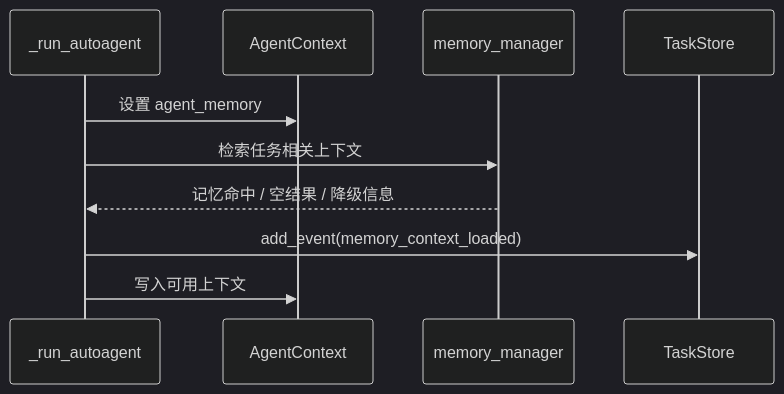
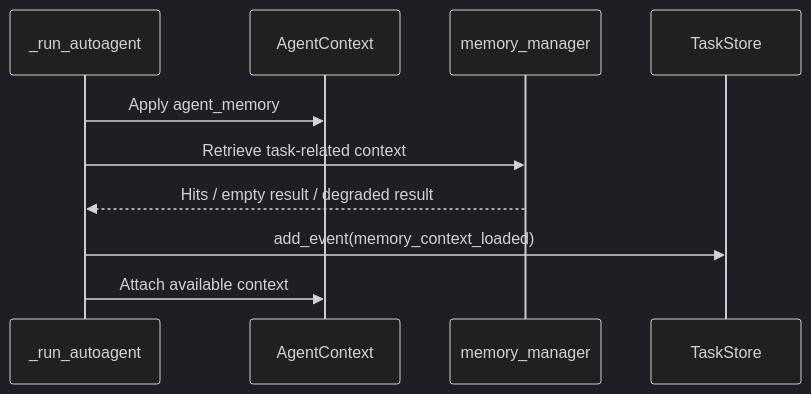
Before and after one commit to youkuxiaobin/task-pilot-agent: diagram 13 of 18 in README.md, drawn with Mermaid (dark theme). The commit also changed other lines of this file and 1 other file, not shown here.

````diff
--- a/README.md
+++ b/README.md
@@ -261,13 +278,13 @@
 ```mermaid
 sequenceDiagram
   participant Runner as _run_autoagent
   participant Ctx as AgentContext
   participant Memory as memory_manager
   participant Store as TaskStore
 
-  Runner->>Ctx: 设置 agent_memory
-  Runner->>Memory: 检索任务相关上下文
-  Memory-->>Runner: 记忆命中 / 空结果 / 降级信息
+  Runner->>Ctx: Apply agent_memory
+  Runner->>Memory: Retrieve task-related context
+  Memory-->>Runner: Hits / empty result / degraded result
   Runner->>Store: add_event(memory_context_loaded)
-  Runner->>Ctx: 写入可用上下文
+  Runner->>Ctx: Attach available context
 ```
````
